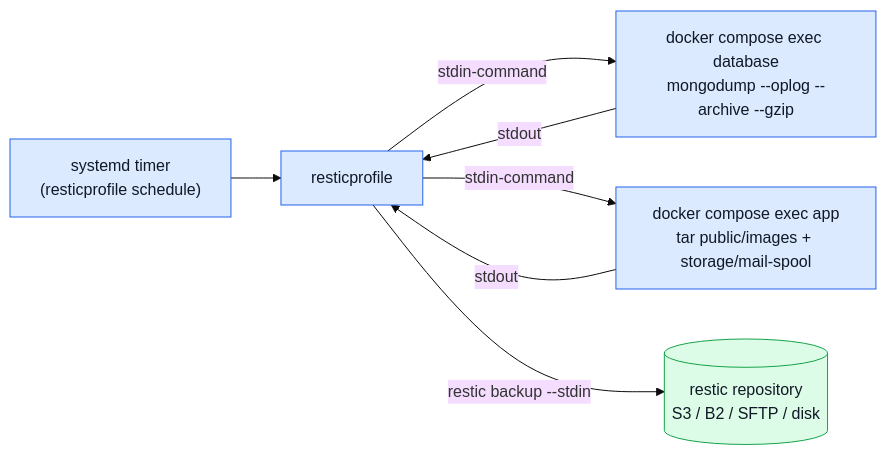
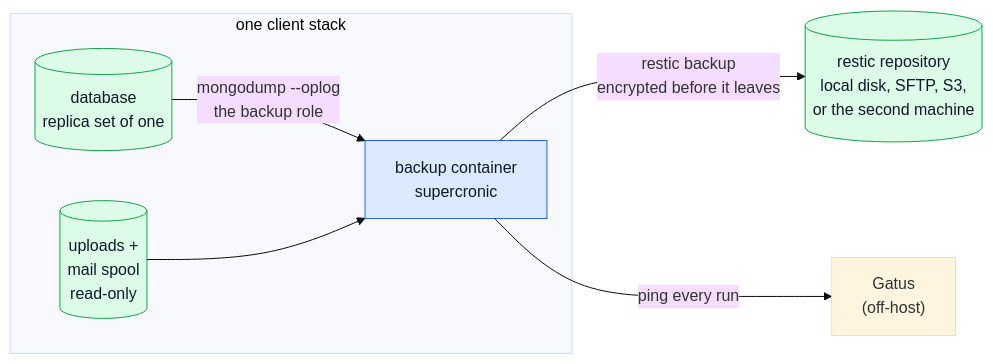
One commit to Guebbit/boilerplate-node-backend changed the diagram in docs/tools/backups.md. Above: the diagram before and after it, drawn with Mermaid (base theme). The commit also changed other lines of this file and 18 other files, not shown here.

First line of the commit message:
feat(backup): run backups from their own container, as a least-privilege login

````diff
--- a/docs/tools/backups.md
+++ b/docs/tools/backups.md
@@ -7,14 +13,17 @@
 ```mermaid
 flowchart LR
-    Cron["systemd timer\n(resticprofile schedule)"] --> RP["resticprofile"]
-    RP -->|"stdin-command"| Dump["docker compose exec database\nmongodump --oplog --archive --gzip"]
-    RP -->|"stdin-command"| Files["docker compose exec app\ntar public/images + storage/mail-spool"]
-    Dump -->|"stdout"| RP
-    Files -->|"stdout"| RP
-    RP -->|"restic backup --stdin"| Repo[("restic repository\nS3 / B2 / SFTP / disk")]
+    subgraph stack["one client stack"]
+        DB[("database<br/>replica set of one")]
+        Files[("uploads +<br/>mail spool<br/>read-only")]
+        B["backup container<br/>supercronic"]
+        DB -->|"mongodump --oplog<br/>the backup role"| B
+        Files --> B
+    end
+    B -->|"restic backup<br/>encrypted before it leaves"| Repo[("restic repository<br/>local disk, SFTP, S3,<br/>or the second machine")]
+    B -->|"ping every run"| G["Gatus<br/>(off-host)"]
 
     classDef proc fill:#dbeafe,stroke:#2563eb,color:#111827;
     classDef store fill:#dcfce7,stroke:#16a34a,color:#111827;
-    class Cron,RP,Dump,Files proc;
-    class Repo store;
+    class B proc;
+    class DB,Files,Repo store;
 ```
````
